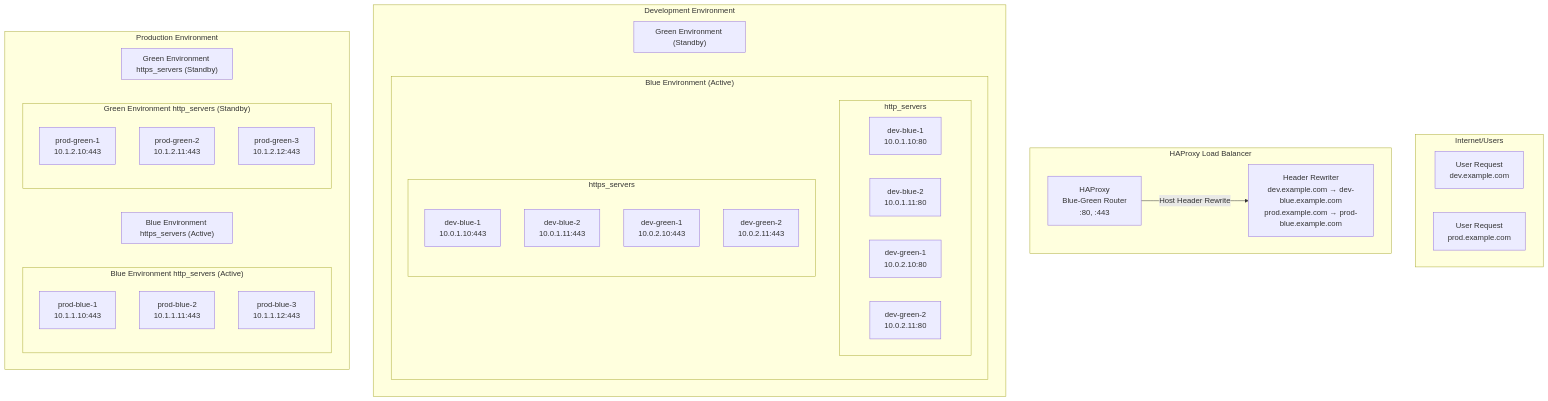
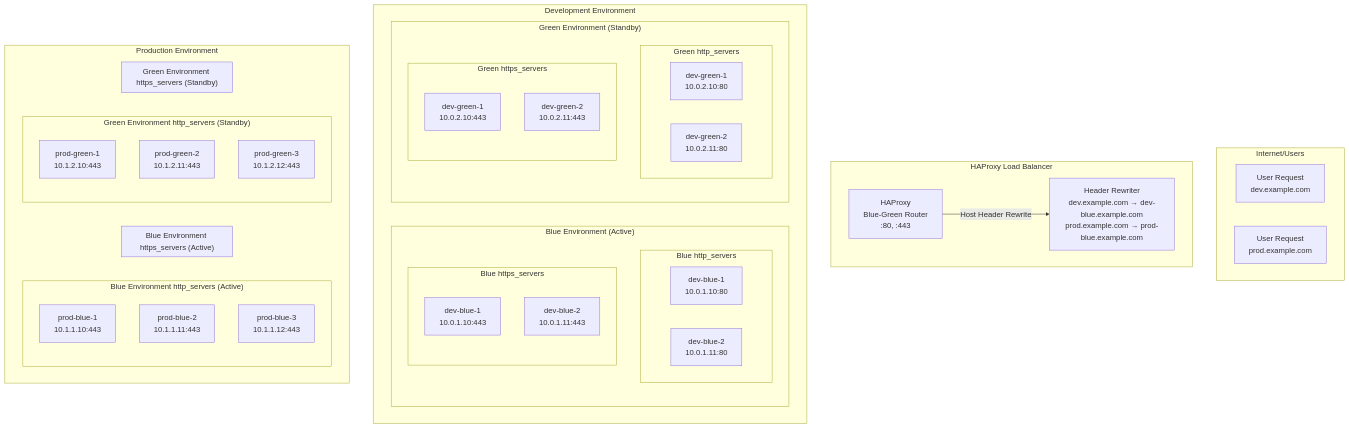
The diagram in HAPROXY-BLUE-GREEN-README.md (cadjai/ocp4-cluster-workload-migration), drawn with Mermaid before and after one commit.

Commit message:
edit diagram

````diff
--- a/HAPROXY-BLUE-GREEN-README.md
+++ b/HAPROXY-BLUE-GREEN-README.md
@@ -26,70 +26,70 @@
 ```mermaid
 graph TB
     subgraph "Internet/Users"
         U1[User Request<br/>dev.example.com]
         U2[User Request<br/>prod.example.com]
     end
     
     subgraph "HAProxy Load Balancer"
         H[HAProxy<br/>Blue-Green Router<br/>:80, :443]
         H --> |"Host Header Rewrite"| HR[Header Rewriter<br/>dev.example.com → dev-blue.example.com<br/>prod.example.com → prod-blue.example.com]
     end
     
     subgraph "Development Environment"
 
         subgraph "Blue Environment (Active)"
 
-        subgraph "http_servers"
+        subgraph "Blue http_servers"
             DB1[dev-blue-1<br/>10.0.1.10:80]
             DB2[dev-blue-2<br/>10.0.1.11:80]
         end
 
-        subgraph "https_servers"
+        subgraph "Blue https_servers"
             DB3[dev-blue-1<br/>10.0.1.10:443]
             DB4[dev-blue-2<br/>10.0.1.11:443]
         end
 
         end
         
         subgraph "Green Environment (Standby)"
 
-            subgraph "http_servers"
+            subgraph "Green http_servers"
                 DG1[dev-green-1<br/>10.0.2.10:80]
                 DG2[dev-green-2<br/>10.0.2.11:80]
             end
 
-            subgraph "https_servers"
+            subgraph "Green https_servers"
                 DG3[dev-green-1<br/>10.0.2.10:443]
                 DG4[dev-green-2<br/>10.0.2.11:443]
             end
 
         end
 
     end
     
     subgraph "Production Environment"
         subgraph "Blue Environment http_servers (Active)"
             PB1[prod-blue-1<br/>10.1.1.10:80]
             PB2[prod-blue-2<br/>10.1.1.11:80]
             PB3[prod-blue-3<br/>10.1.1.12:80]
         end
         
         subgraph "Blue Environment https_servers (Active)"
             PB1[prod-blue-1<br/>10.1.1.10:443]
             PB2[prod-blue-2<br/>10.1.1.11:443]
             PB3[prod-blue-3<br/>10.1.1.12:443]
         end
         
         subgraph "Green Environment http_servers (Standby)"
             PG1[prod-green-1<br/>10.1.2.10:80]
             PG2[prod-green-2<br/>10.1.2.11:80]
             PG3[prod-green-3<br/>10.1.2.12:80]
         end
         
         subgraph "Green Environment https_servers (Standby)"
             PG1[prod-green-1<br/>10.1.2.10:443]
             PG2[prod-green-2<br/>10.1.2.11:443]
             PG3[prod-green-3<br/>10.1.2.12:443]
         end
     end
 ```
````
